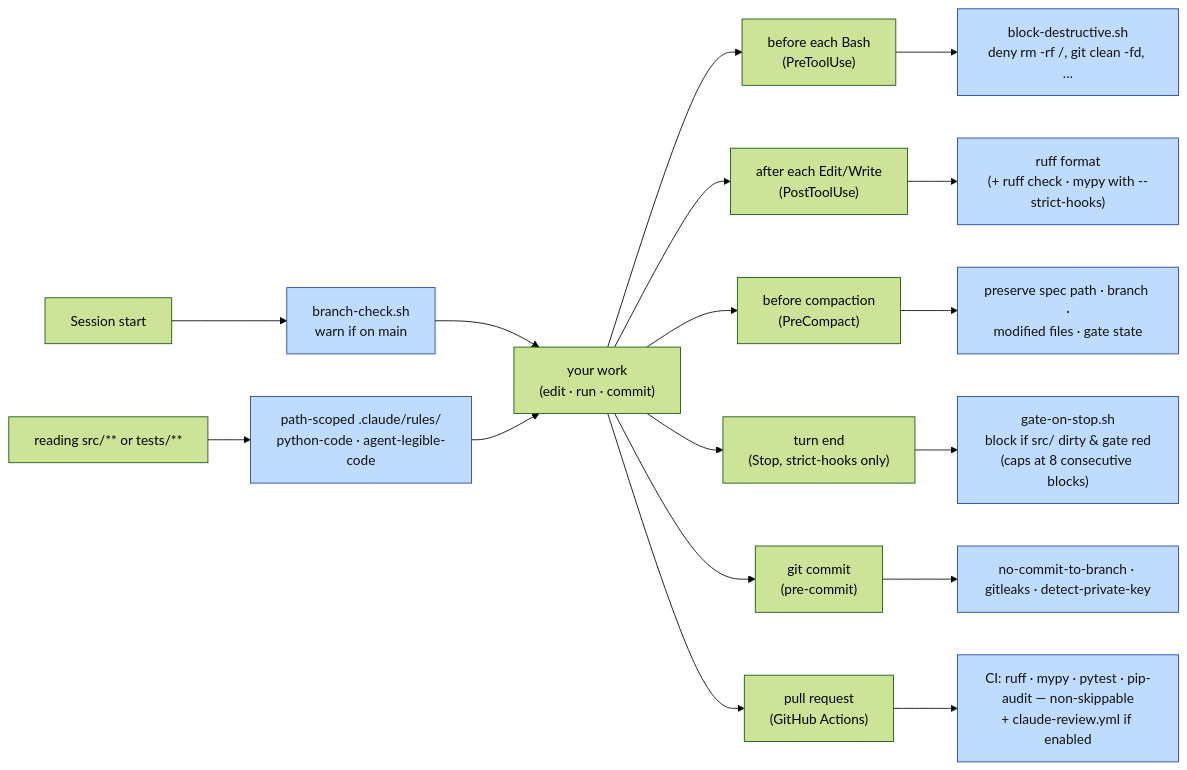
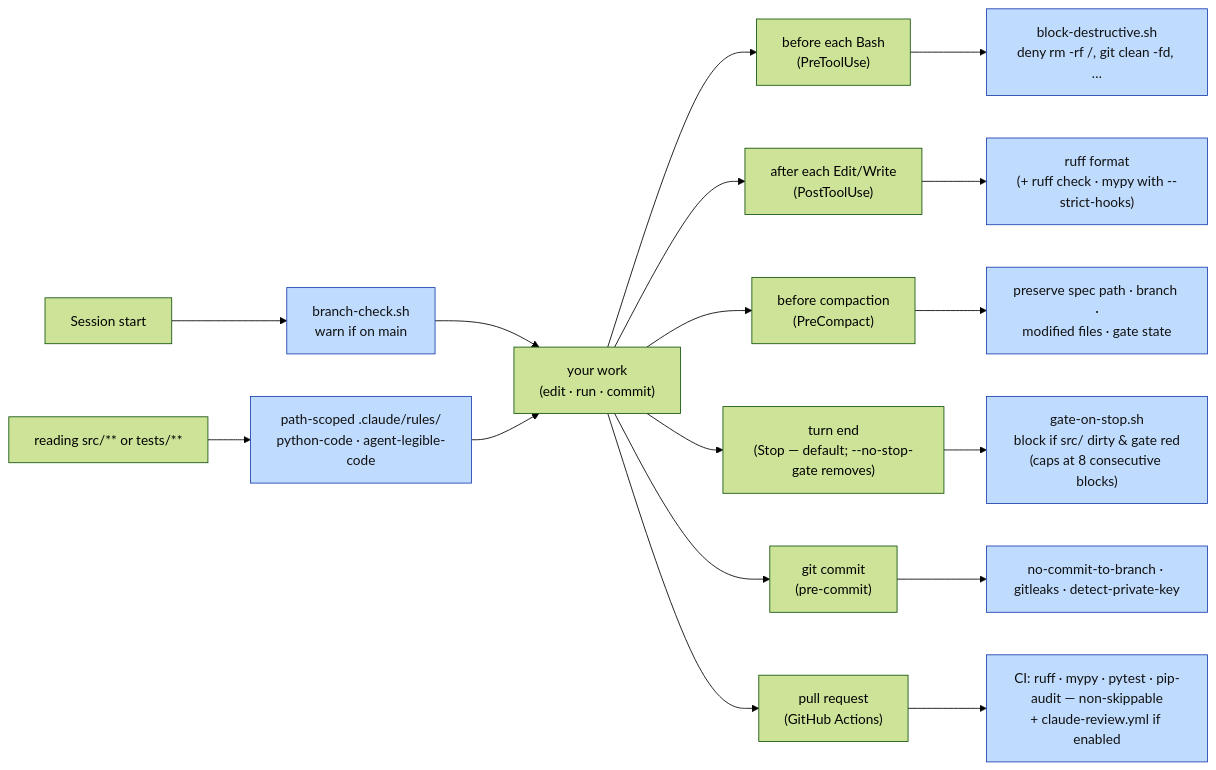
One commit to bbirkinbine/agentic-scaffold changed the fourth of 6 diagrams in python/docs/workflow-diagram.md. Above: the diagram before and after it, drawn with Mermaid (forest theme). The commit also changed other lines of this file and 13 other files, not shown here.

First line of the commit message:
Make the Stop gate default; demote issue-first to opt-in issue mode

````diff
--- a/python/docs/workflow-diagram.md
+++ b/python/docs/workflow-diagram.md
@@ -174,15 +176,15 @@
 ```mermaid
 flowchart LR
     W["your work<br/>(edit · run · commit)"]
     SS["Session start"] --> SSb["branch-check.sh<br/>warn if on main"] --> W
     RL["reading src/** or tests/**"] --> RLb["path-scoped .claude/rules/<br/>python-code · agent-legible-code"] --> W
     W --> PRE["before each Bash<br/>(PreToolUse)"] --> PREb["block-destructive.sh<br/>deny rm -rf /, git clean -fd, …"]
     W --> POST["after each Edit/Write<br/>(PostToolUse)"] --> POSTb["ruff format<br/>(+ ruff check · mypy with --strict-hooks)"]
     W --> CMP["before compaction<br/>(PreCompact)"] --> CMPb["preserve spec path · branch ·<br/>modified files · gate state"]
-    W --> STOP["turn end<br/>(Stop, strict-hooks only)"] --> STOPb["gate-on-stop.sh<br/>block if src/ dirty & gate red<br/>(caps at 8 consecutive blocks)"]
+    W --> STOP["turn end<br/>(Stop — default; --no-stop-gate removes)"] --> STOPb["gate-on-stop.sh<br/>block if src/ dirty & gate red<br/>(caps at 8 consecutive blocks)"]
     W --> PC["git commit<br/>(pre-commit)"] --> PCb["no-commit-to-branch · gitleaks · detect-private-key"]
     W --> CIp["pull request<br/>(GitHub Actions)"] --> CIb["CI: ruff · mypy · pytest · pip-audit — non-skippable<br/>+ claude-review.yml if enabled"]
 
     classDef auto fill:#bfdbfe,stroke:#1e40af,color:#111;
     class SSb,RLb,PREb,POSTb,CMPb,STOPb,PCb,CIb auto;
 ```
````
